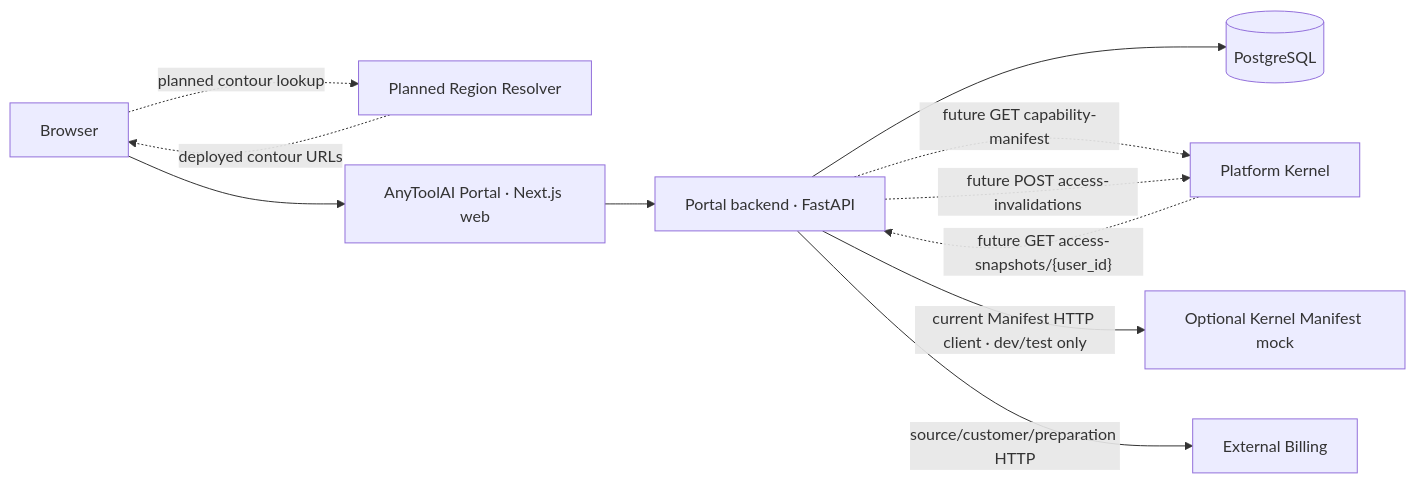
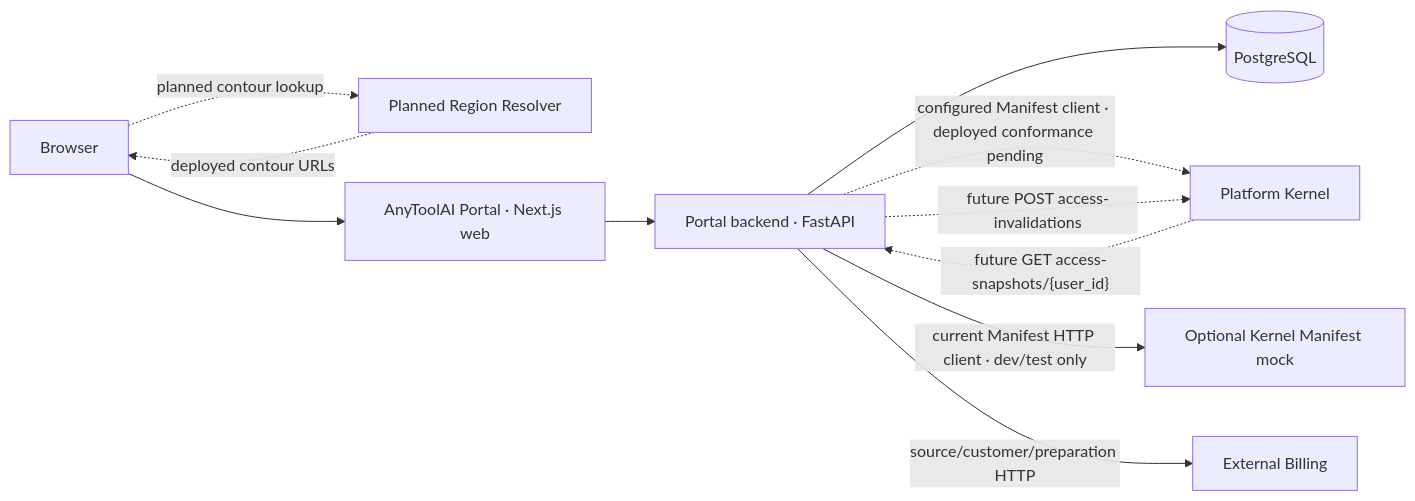
One commit to gushinets/payments-portal changed the diagram in ARCHITECTURE.md. Above: the diagram before and after it, drawn with Mermaid. The commit also changed other lines of this file and 56 other files, not shown here.

````diff
--- a/ARCHITECTURE.md
+++ b/ARCHITECTURE.md
@@ -33,13 +36,13 @@
 ```mermaid
 flowchart LR
   Browser -. "planned contour lookup" .-> Resolver["Planned Region Resolver"]
   Resolver -. "deployed contour URLs" .-> Browser
   Browser --> Web["AnyToolAI Portal · Next.js web"]
   Web --> API["Portal backend · FastAPI"]
   API --> DB[("PostgreSQL")]
-  API -. "future GET capability-manifest" .-> Kernel["Platform Kernel"]
+  API -. "configured Manifest client · deployed conformance pending" .-> Kernel["Platform Kernel"]
   Kernel -. "future GET access-snapshots/{user_id}" .-> API
   API -. "future POST access-invalidations" .-> Kernel
   API -->|"current Manifest HTTP client · dev/test only"| Mock["Optional Kernel Manifest mock"]
   API -->|"source/customer/preparation HTTP"| Billing["External Billing"]
 ```
````
